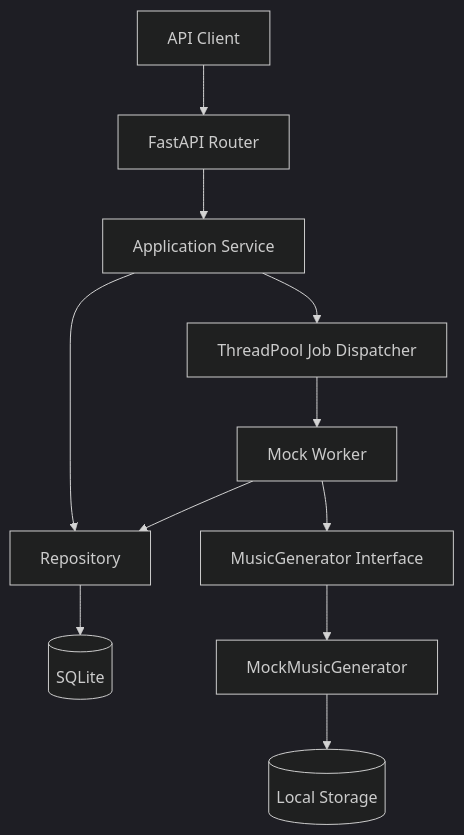
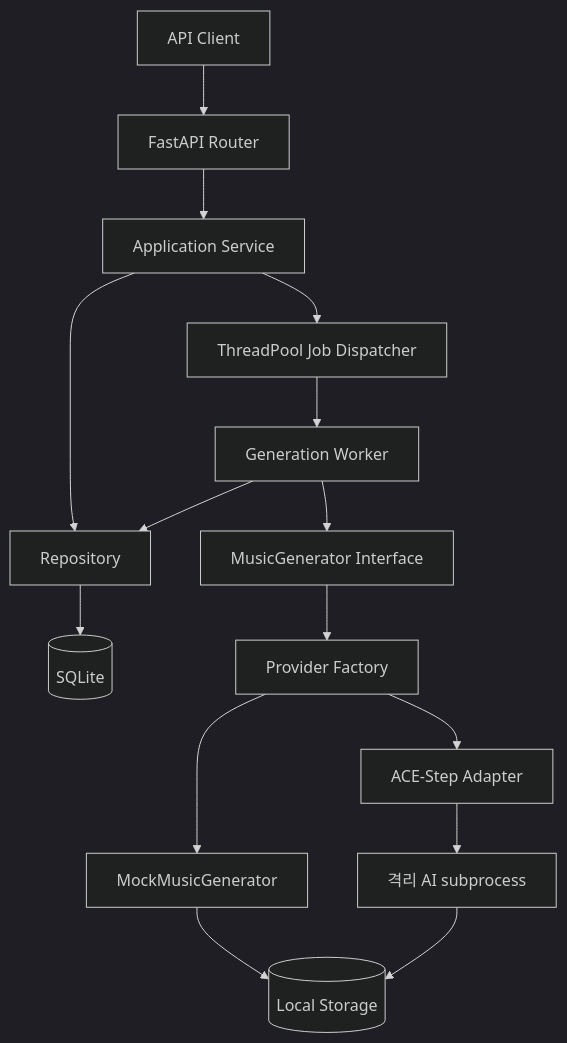
The diagram in docs/03-architecture/system-architecture.md (DohaStudio/DohaMusic), drawn with Mermaid (dark theme) before and after one commit. The commit also changed other lines of this file and 46 other files, not shown here.

Commit message:
feat: ACE-Step 로컬 추론 검증 및 어댑터 기반 추가

````diff
--- a/docs/03-architecture/system-architecture.md
+++ b/docs/03-architecture/system-architecture.md
@@ -6,13 +6,17 @@
 ```mermaid
 flowchart TB
   C[API Client] --> A[FastAPI Router]
   A --> S[Application Service]
   S --> R[Repository]
   R --> D[(SQLite)]
   S --> J[ThreadPool Job Dispatcher]
-  J --> W[Mock Worker]
+  J --> W[Generation Worker]
   W --> I[MusicGenerator Interface]
-  I --> M[MockMusicGenerator]
+  I --> F[Provider Factory]
+  F --> M[MockMusicGenerator]
+  F --> X[ACE-Step Adapter]
+  X --> P[격리 AI subprocess]
   M --> O[(Local Storage)]
+  P --> O
   W --> R
 ```
````
